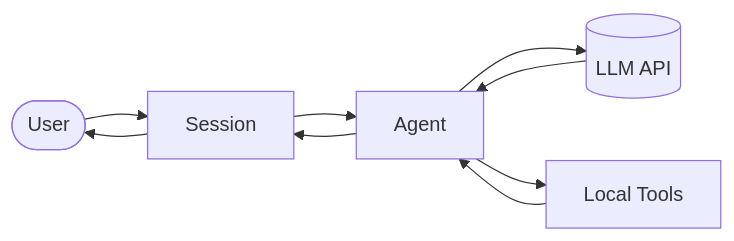
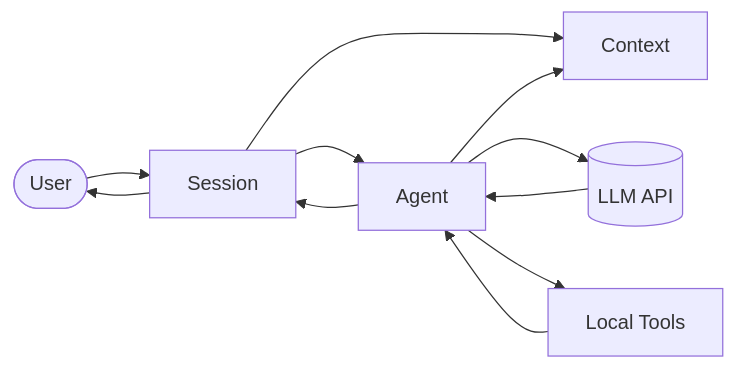
One commit to mlorthiois/smolcode changed the first of 4 diagrams in LEARN.md. Above: the diagram before and after it, drawn with Mermaid. The commit also changed other lines of this file and 7 other files, not shown here.

Commit message:
♻️  Better separate session and agent scopes

````diff
--- a/LEARN.md
+++ b/LEARN.md
@@ -29,11 +29,13 @@
 ```mermaid
 flowchart LR
     User([User]) --> Session
+    Session --> Context
     Session --> Agent
+    Agent --> Context
     Agent --> LLM[(LLM API)]
     LLM --> Agent
     Agent --> Tools[Local Tools]
     Tools --> Agent
     Agent --> Session
     Session --> User
 ```
````
